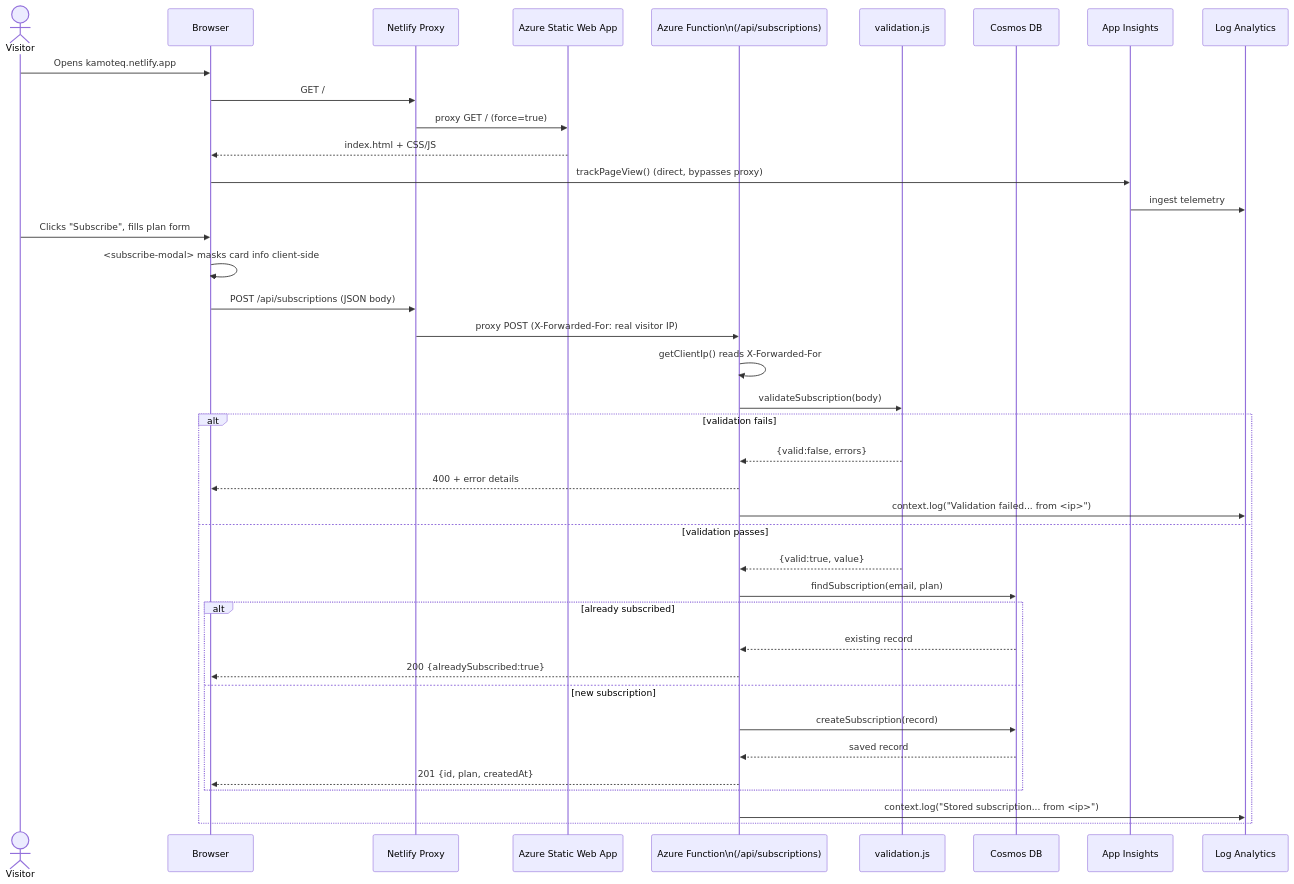
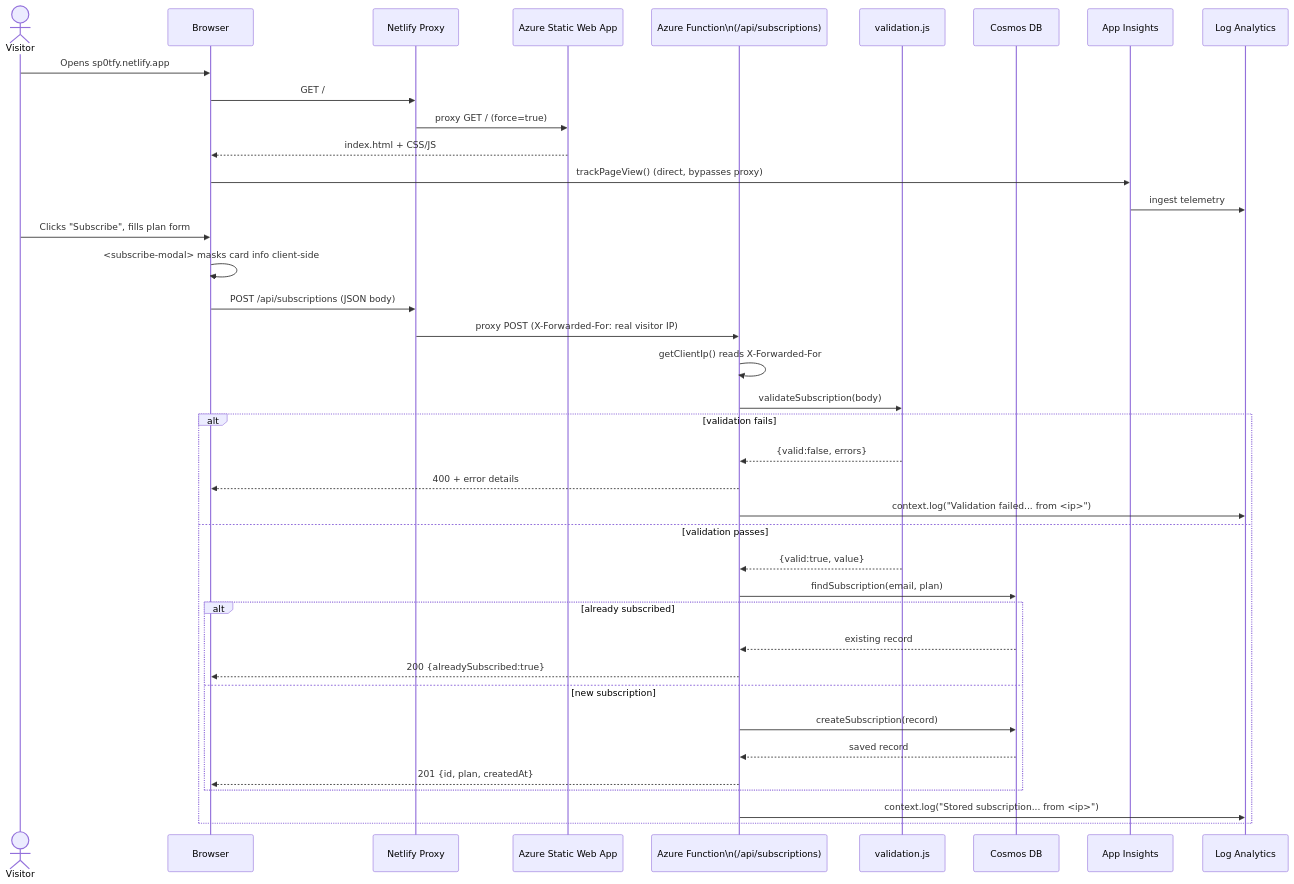
The second of 6 diagrams in PRESENTATION.md (13ntlent-afk/Mysp0tify), drawn with Mermaid before and after one commit. The commit also changed other lines of this file and 8 other files, not shown here.

````diff
--- a/PRESENTATION.md
+++ b/PRESENTATION.md
@@ -115,43 +115,43 @@
 ```mermaid
 sequenceDiagram
     actor V as Visitor
     participant Browser
     participant Netlify as Netlify Proxy
     participant SWA as Azure Static Web App
     participant Func as Azure Function\n(/api/subscriptions)
     participant Val as validation.js
     participant Cosmos as Cosmos DB
     participant AI as App Insights
     participant LAW as Log Analytics
 
-    V->>Browser: Opens kamoteq.netlify.app
+    V->>Browser: Opens sp0tfy.netlify.app
     Browser->>Netlify: GET /
     Netlify->>SWA: proxy GET / (force=true)
     SWA-->>Browser: index.html + CSS/JS
     Browser->>AI: trackPageView() (direct, bypasses proxy)
     AI->>LAW: ingest telemetry
 
     V->>Browser: Clicks "Subscribe", fills plan form
     Browser->>Browser: <subscribe-modal> masks card info client-side
     Browser->>Netlify: POST /api/subscriptions (JSON body)
     Netlify->>Func: proxy POST (X-Forwarded-For: real visitor IP)
     Func->>Func: getClientIp() reads X-Forwarded-For
     Func->>Val: validateSubscription(body)
     alt validation fails
         Val-->>Func: {valid:false, errors}
         Func-->>Browser: 400 + error details
         Func->>LAW: context.log("Validation failed... from <ip>")
     else validation passes
         Val-->>Func: {valid:true, value}
         Func->>Cosmos: findSubscription(email, plan)
         alt already subscribed
             Cosmos-->>Func: existing record
             Func-->>Browser: 200 {alreadySubscribed:true}
         else new subscription
             Func->>Cosmos: createSubscription(record)
             Cosmos-->>Func: saved record
             Func-->>Browser: 201 {id, plan, createdAt}
         end
         Func->>LAW: context.log("Stored subscription... from <ip>")
     end
 ```
````
